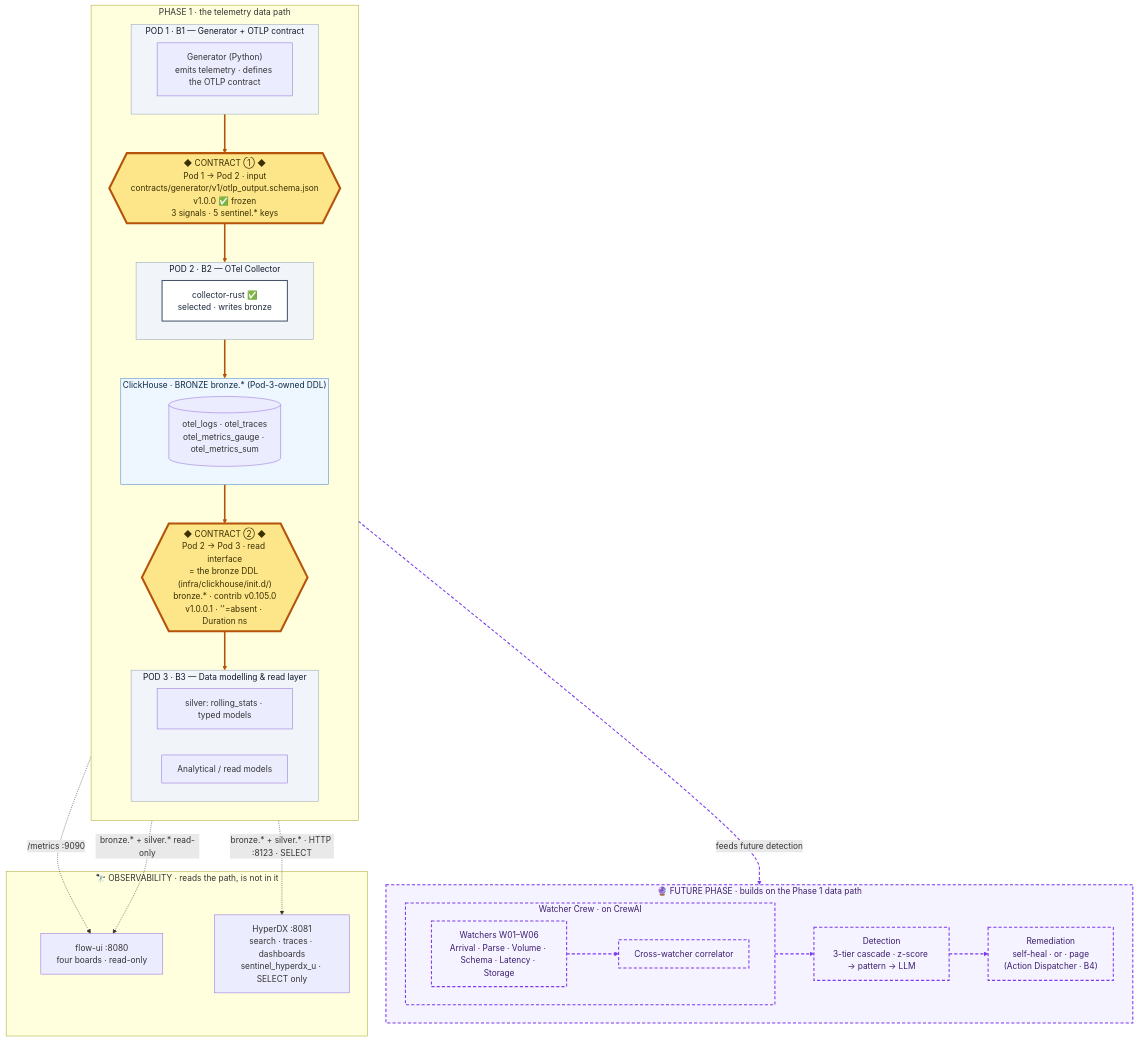
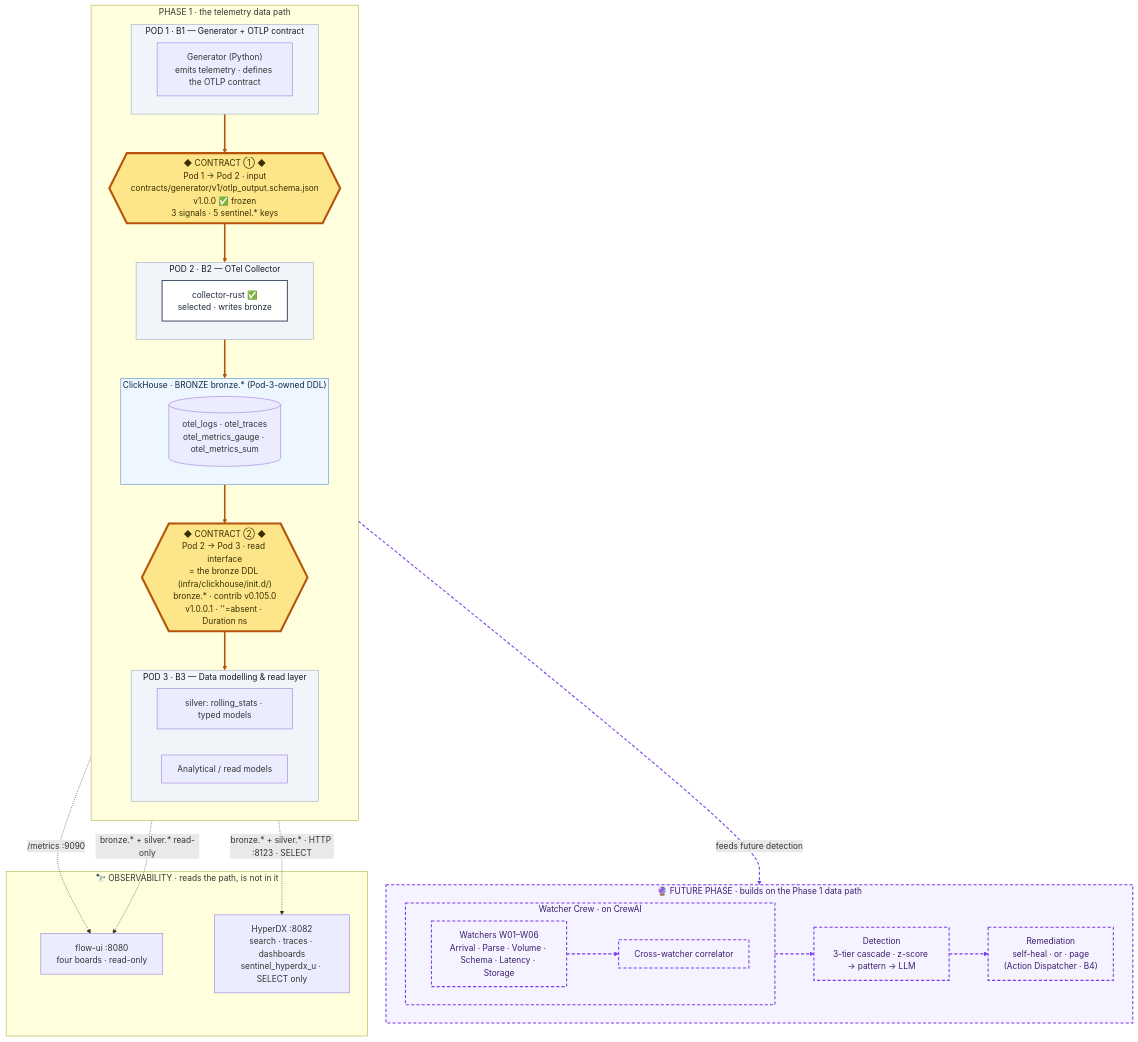
The diagram in README.md (luanmorenommaciel/sentinel), drawn with Mermaid before and after one commit. The commit also changed other lines of this file and 7 other files, not shown here.

````diff
--- a/README.md
+++ b/README.md
@@ -14,66 +14,66 @@
 ```mermaid
 flowchart TB
     subgraph PHASE1["PHASE 1 · the telemetry data path"]
         direction TB
         subgraph POD1["POD 1 · B1 — Generator + OTLP contract"]
             GEN["Generator (Python)<br/>emits telemetry · defines the OTLP contract"]
         end
 
         C1{{"◆ CONTRACT ① ◆<br/>Pod 1 → Pod 2 · input<br/>contracts/generator/v1/otlp_output.schema.json<br/>v1.0.0 ✅ frozen<br/>3 signals · 5 sentinel.* keys"}}
 
         subgraph POD2["POD 2 · B2 — OTel Collector"]
             CRUST["collector-rust ✅<br/>selected · writes bronze"]
         end
 
         subgraph STORE["ClickHouse · BRONZE bronze.* (Pod-3-owned DDL)"]
             direction LR
             RAW[("otel_logs · otel_traces<br/>otel_metrics_gauge · otel_metrics_sum")]
         end
 
         C2{{"◆ CONTRACT ② ◆<br/>Pod 2 → Pod 3 · read interface<br/>= the bronze DDL (infra/clickhouse/init.d/)<br/>bronze.* · contrib v0.105.0<br/>v1.0.0.1 · ''=absent · Duration ns"}}
 
         subgraph POD3["POD 3 · B3 — Data modelling & read layer"]
             direction LR
             SILVER["silver: rolling_stats · typed models"]
             DM["Analytical / read models"]
         end
 
         POD1 ==> C1 ==> POD2 ==> STORE ==> C2 ==> POD3
     end
 
     subgraph FUTURE["🔮 FUTURE PHASE · builds on the Phase 1 data path"]
         direction LR
         subgraph CREW["Watcher Crew · on CrewAI"]
             direction LR
             WATCH["Watchers W01–W06<br/>Arrival · Parse · Volume · Schema · Latency · Storage"]
             XCORR["Cross-watcher correlator"]
             WATCH --> XCORR
         end
         DETECT["Detection<br/>3-tier cascade · z-score → pattern → LLM"]
         REMED["Remediation<br/>self-heal · or · page<br/>(Action Dispatcher · B4)"]
         CREW --> DETECT --> REMED
     end
 
     POD3 -.->|"feeds future detection"| FUTURE
 
     subgraph OBS["🔭 OBSERVABILITY · reads the path, is not in it"]
         FLOW["flow-ui :8080<br/>four boards · read-only"]
-        HDX["HyperDX :8081<br/>search · traces · dashboards<br/>sentinel_hyperdx_u · SELECT only"]
+        HDX["HyperDX :8082<br/>search · traces · dashboards<br/>sentinel_hyperdx_u · SELECT only"]
     end
     POD2 -. "/metrics :9090" .-> FLOW
     STORE -. "bronze.* + silver.* read-only" .-> FLOW
     STORE -. "bronze.* + silver.* · HTTP :8123 · SELECT" .-> HDX
 
     classDef contract fill:#fde68a,stroke:#b45309,stroke-width:4px,color:#3a2f00;
     classDef zone fill:#f1f5f9,stroke:#94a3b8,color:#0f172a;
     classDef store fill:#eef6ff,stroke:#4a86c5,color:#0d2a45;
     classDef refimpl fill:#ffffff,stroke:#475569,stroke-width:2px,color:#1e293b;
     classDef future fill:#f5f3ff,stroke:#7c3aed,stroke-width:2px,stroke-dasharray:6 4,color:#3b1d6e;
     class C1,C2 contract;
     class POD1,POD2,POD3 zone;
     class STORE store;
     class CRUST refimpl;
     class FUTURE,CREW,WATCH,XCORR,DETECT,REMED future;
     linkStyle 0,1,2,3,4 stroke:#b45309,stroke-width:3px;
     linkStyle 5,6,7,8 stroke:#7c3aed,stroke-width:2px,stroke-dasharray:6 4;
 ```
````
